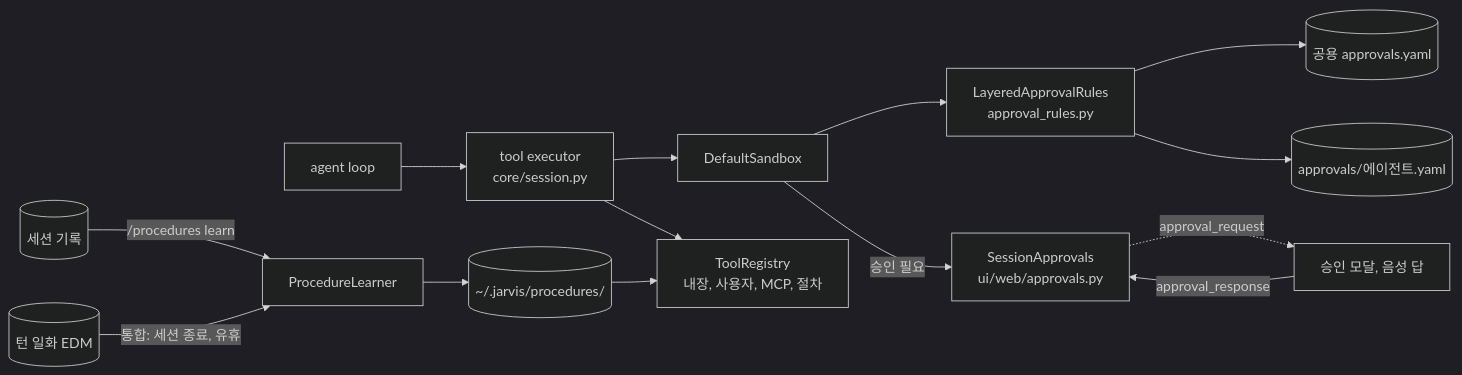
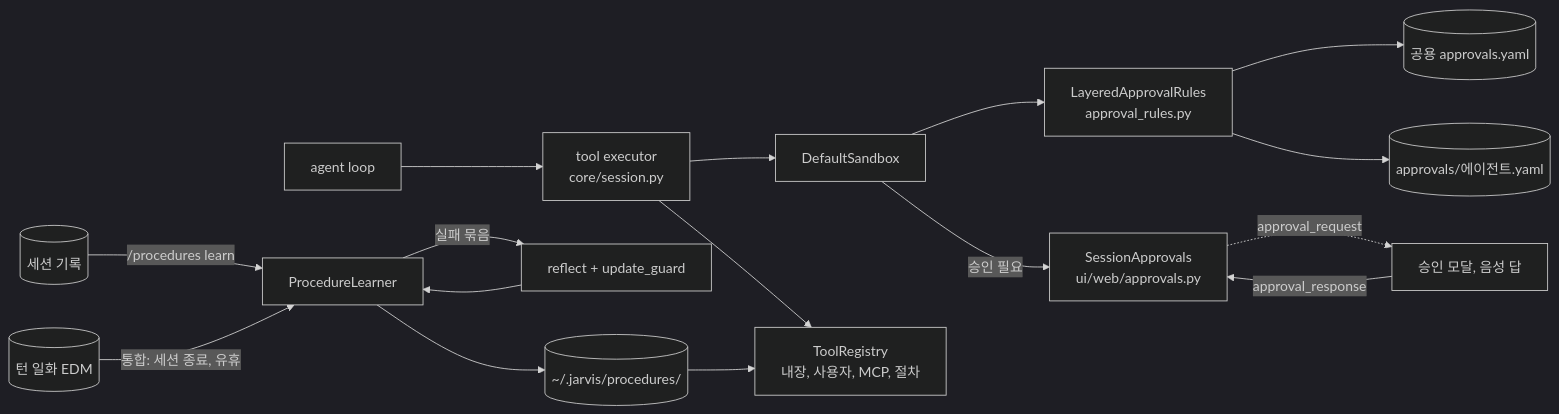
The third of 3 diagrams in website/docs/concepts/conversation/tools-and-approval.md (ash-hun/jarvis-agent), drawn with Mermaid (dark theme) before and after one commit. The commit also changed other lines of this file and 95 other files, not shown here.

````diff
--- a/website/docs/concepts/conversation/tools-and-approval.md
+++ b/website/docs/concepts/conversation/tools-and-approval.md
@@ -257,16 +301,18 @@
 ```mermaid
 flowchart LR
   LOOP[agent loop] --> EXE[tool executor<br/>core/session.py]
   EXE --> SBX[DefaultSandbox]
   SBX --> RULES[LayeredApprovalRules<br/>approval_rules.py]
   RULES --> AY[(공용 approvals.yaml)]
   RULES --> AA[(approvals/에이전트.yaml)]
   SBX -->|승인 필요| BRK[SessionApprovals<br/>ui/web/approvals.py]
   BRK -. approval_request .-> MODAL[승인 모달, 음성 답]
   MODAL -->|approval_response| BRK
   EXE --> TOOLS[ToolRegistry<br/>내장, 사용자, MCP, 절차]
   HIST[(세션 기록)] -->|/procedures learn| LRN[ProcedureLearner]
   EDM[(턴 일화 EDM)] -->|통합: 세션 종료, 유휴| LRN
+  LRN -->|실패 묶음| RFL[reflect + update_guard]
+  RFL --> LRN
   LRN --> PS[(~/.jarvis/procedures/)]
   PS --> TOOLS
 ```
````
